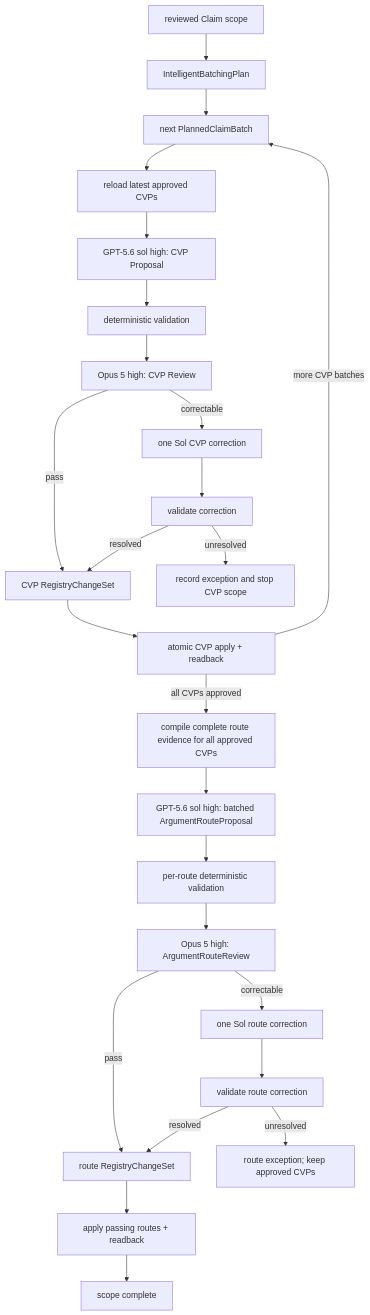
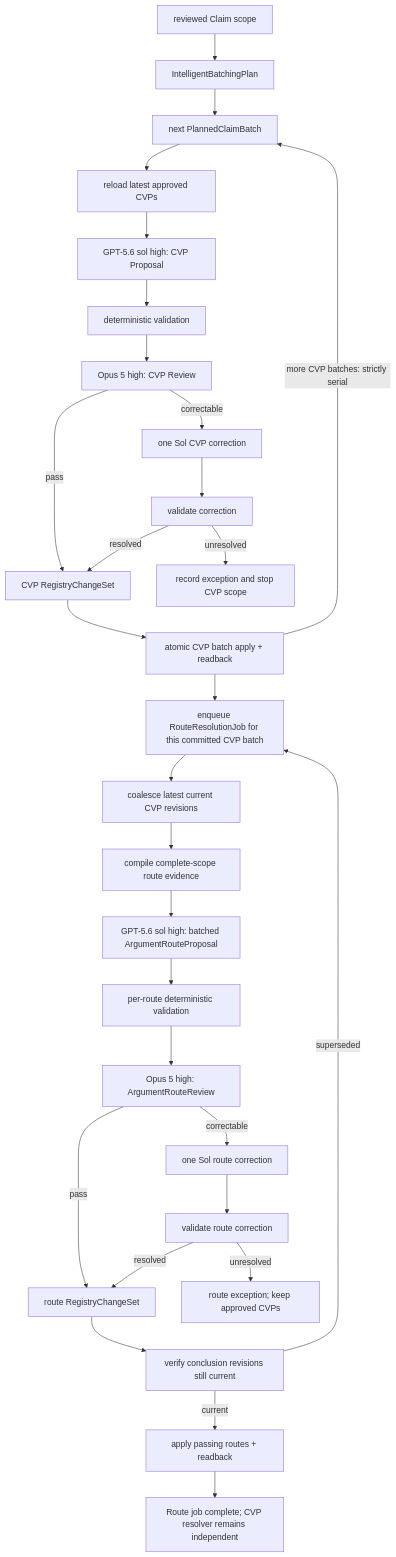
One commit to junyang168/smart-answer changed the first of 7 diagrams in docs/wang-knowledge-platform/canonical_viewpoint_registry_design_v1.md. Above: the diagram before and after it, drawn with Mermaid. The commit also changed other lines of this file and 2 other files, not shown here.

Commit message:
fix(wang): track route jobs and recovered batch state

````diff
--- a/docs/wang-knowledge-platform/canonical_viewpoint_registry_design_v1.md
+++ b/docs/wang-knowledge-platform/canonical_viewpoint_registry_design_v1.md
@@ -81,27 +81,31 @@
 ```mermaid
 flowchart TD
     S["reviewed Claim scope"] --> B["IntelligentBatchingPlan"]
     B --> N["next PlannedClaimBatch"]
     N --> L["reload latest approved CVPs"]
     L --> P["GPT-5.6 sol high: CVP Proposal"]
     P --> D["deterministic validation"]
     D --> R["Opus 5 high: CVP Review"]
     R -->|"pass"| C["CVP RegistryChangeSet"]
     R -->|"correctable"| O["one Sol CVP correction"]
     O --> V["validate correction"]
     V -->|"resolved"| C
     V -->|"unresolved"| X["record exception and stop CVP scope"]
-    C --> A["atomic CVP apply + readback"]
-    A -->|"more CVP batches"| N
-    A -->|"all CVPs approved"| Q["compile complete route evidence for all approved CVPs"]
-    Q --> RP["GPT-5.6 sol high: batched ArgumentRouteProposal"]
+    C --> A["atomic CVP batch apply + readback"]
+    A -->|"more CVP batches: strictly serial"| N
+    A --> Q["enqueue RouteResolutionJob for this committed CVP batch"]
+    Q --> E["coalesce latest current CVP revisions"]
+    E --> CE["compile complete-scope route evidence"]
+    CE --> RP["GPT-5.6 sol high: batched ArgumentRouteProposal"]
     RP --> RD["per-route deterministic validation"]
     RD --> RR["Opus 5 high: ArgumentRouteReview"]
     RR -->|"pass"| RC["route RegistryChangeSet"]
     RR -->|"correctable"| RO["one Sol route correction"]
     RO --> RV["validate route correction"]
     RV -->|"resolved"| RC
     RV -->|"unresolved"| RX["route exception; keep approved CVPs"]
-    RC --> RA["apply passing routes + readback"]
-    RA --> Z["scope complete"]
+    RC --> CC["verify conclusion revisions still current"]
+    CC -->|"current"| RA["apply passing routes + readback"]
+    CC -->|"superseded"| Q
+    RA --> Z["Route job complete; CVP resolver remains independent"]
 ```
````
